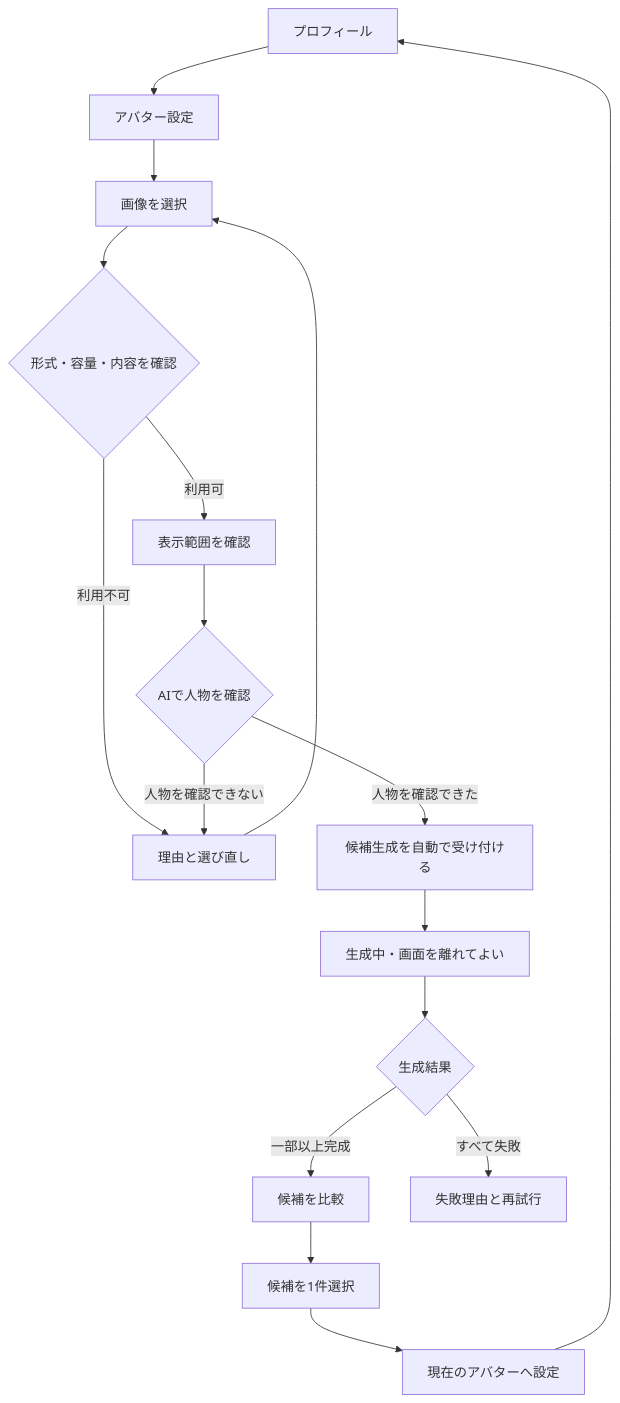
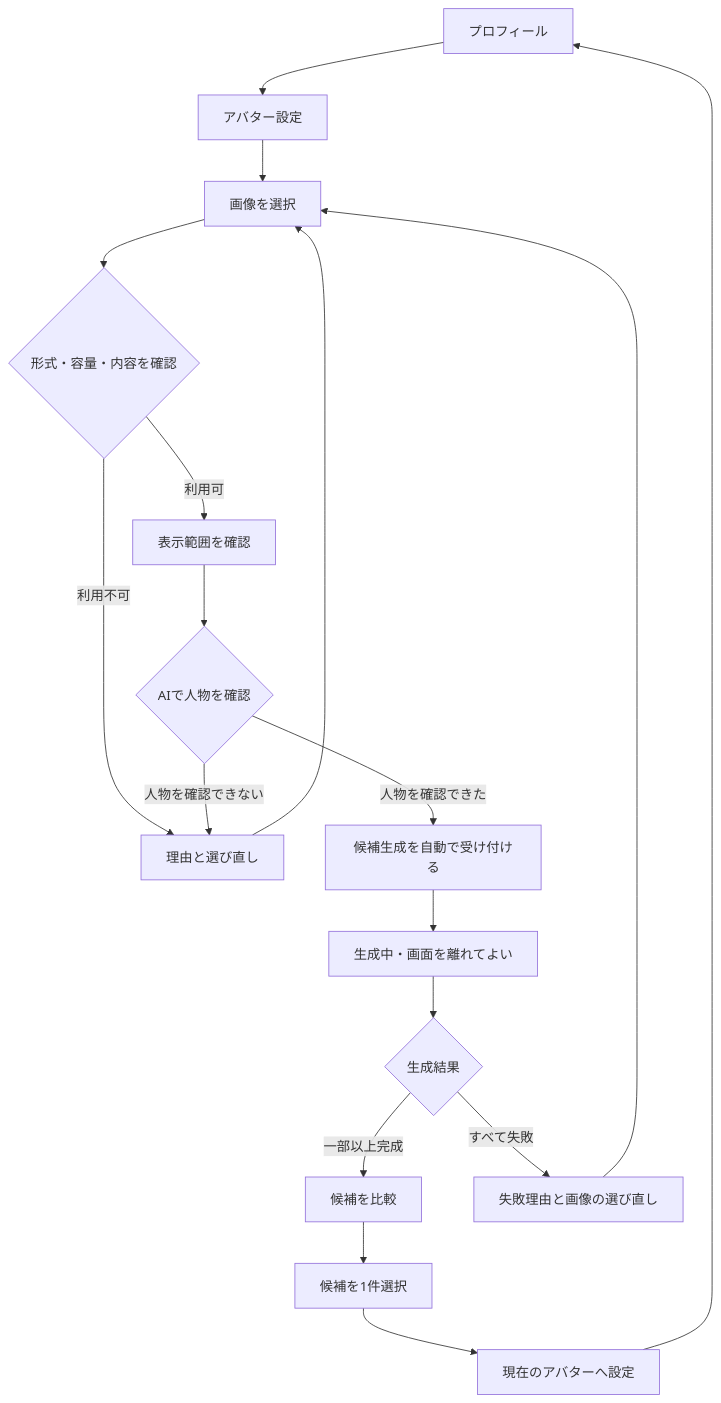
Before and after one commit to kkyosuke/me-builder: the first of 4 diagrams in docs/product/avatar-experience.md, drawn with Mermaid. The commit also changed other lines of this file and 20 other files, not shown here.

````diff
--- a/docs/product/avatar-experience.md
+++ b/docs/product/avatar-experience.md
@@ -109,19 +108,20 @@
 ```mermaid
 flowchart TD
     P[プロフィール] --> S[アバター設定]
     S --> U[画像を選択]
     U --> V{形式・容量・内容を確認}
     V -->|利用不可| UE[理由と選び直し]
     UE --> U
     V -->|利用可| C[表示範囲を確認]
     C --> D{AIで人物を確認}
     D -->|人物を確認できない| UE
     D -->|人物を確認できた| J[候補生成を自動で受け付ける]
     J --> W[生成中・画面を離れてよい]
     W --> R{生成結果}
     R -->|一部以上完成| G[候補を比較]
-    R -->|すべて失敗| F[失敗理由と再試行]
+    R -->|すべて失敗| F[失敗理由と画像の選び直し]
+    F --> U
     G --> E[候補を1件選択]
     E --> A[現在のアバターへ設定]
     A --> P
 ```
````
